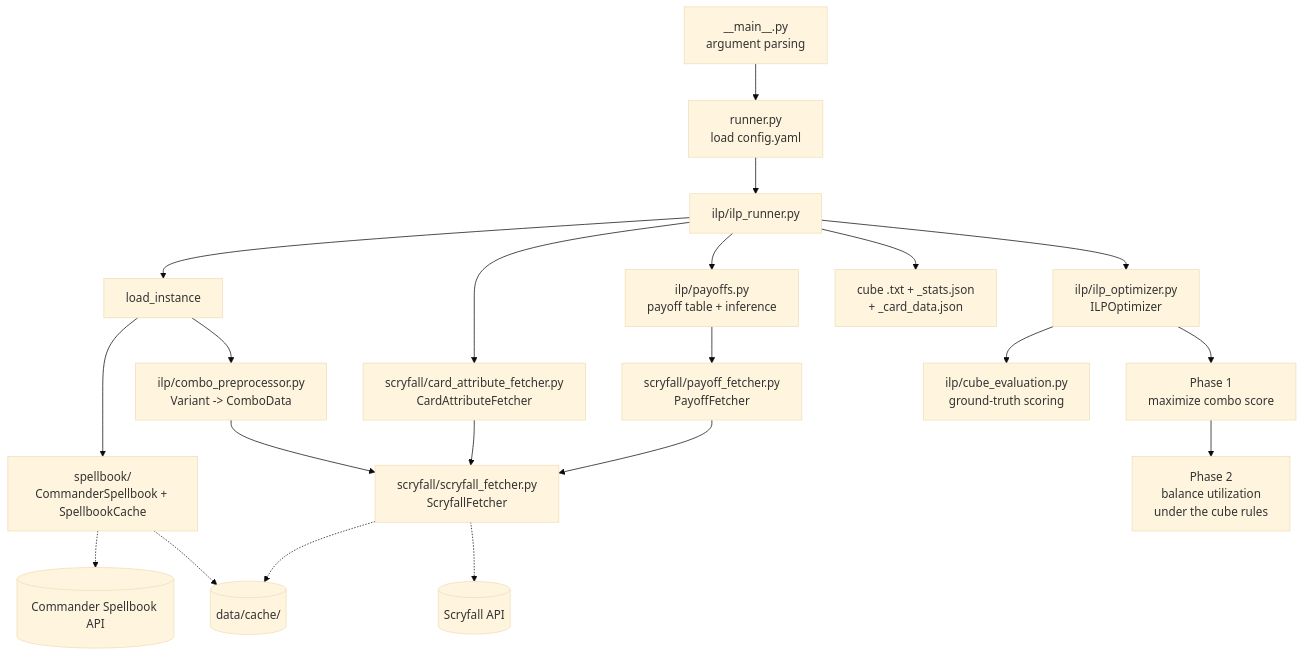
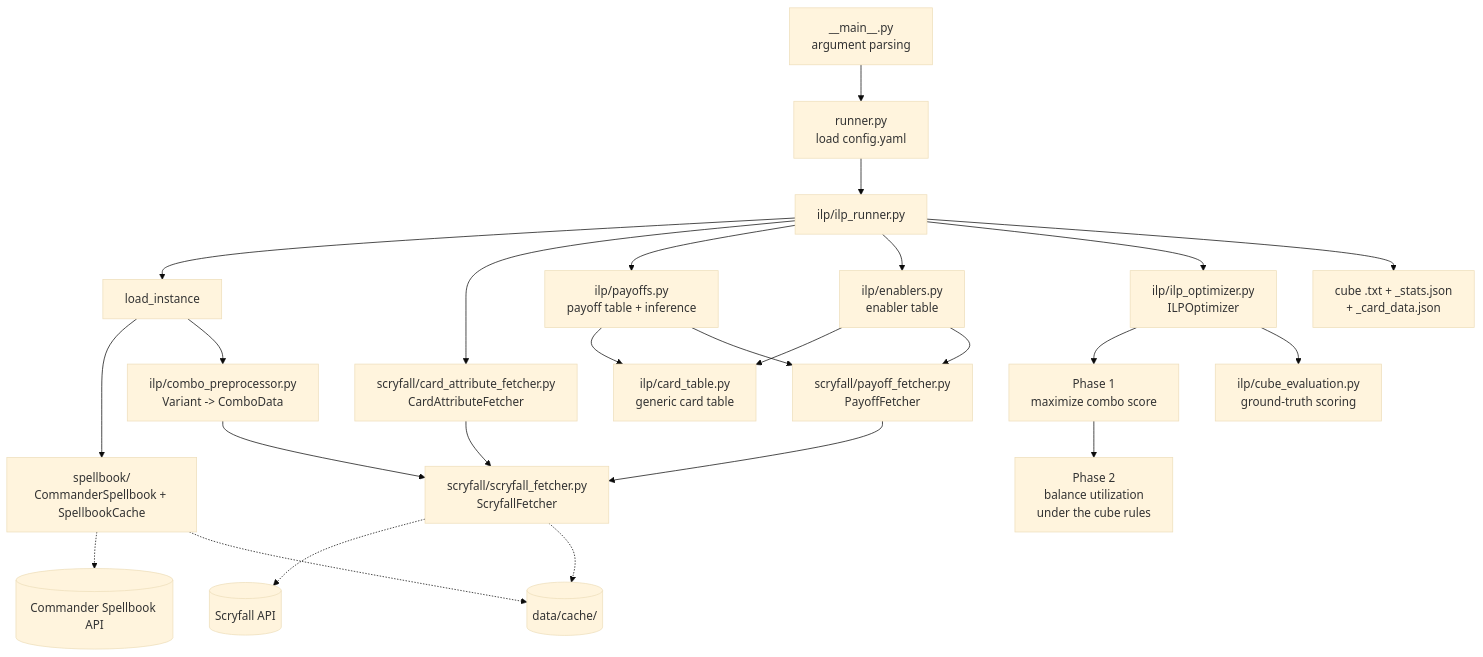
One commit to tgrunnagle/mtg-combo-cube changed the diagram in docs/architecture.md. Above: the diagram before and after it, drawn with Mermaid (base theme). The commit also changed other lines of this file and 35 other files, not shown here.

````diff
--- a/docs/architecture.md
+++ b/docs/architecture.md
@@ -20,29 +20,33 @@
 ```mermaid
 flowchart TD
     CLI["__main__.py<br/>argument parsing"] --> RUN["runner.py<br/>load config.yaml"]
 
     RUN --> ILPR["ilp/ilp_runner.py"]
 
     ILPR --> LOAD["load_instance"]
     LOAD --> SB["spellbook/<br/>CommanderSpellbook + SpellbookCache"]
     LOAD --> PRE["ilp/combo_preprocessor.py<br/>Variant -> ComboData"]
     PRE --> SF["scryfall/scryfall_fetcher.py<br/>ScryfallFetcher"]
 
     ILPR --> CAF["scryfall/card_attribute_fetcher.py<br/>CardAttributeFetcher"]
     CAF --> SF
     ILPR --> PAY["ilp/payoffs.py<br/>payoff table + inference"]
+    ILPR --> ENA["ilp/enablers.py<br/>enabler table"]
+    PAY --> CT["ilp/card_table.py<br/>generic card table"]
+    ENA --> CT
     PAY --> PF["scryfall/payoff_fetcher.py<br/>PayoffFetcher"]
+    ENA --> PF
     PF --> SF
 
     ILPR --> OPT["ilp/ilp_optimizer.py<br/>ILPOptimizer"]
     OPT --> P1["Phase 1<br/>maximize combo score"]
     P1 --> P2["Phase 2<br/>balance utilization<br/>under the cube rules"]
     OPT --> EVAL["ilp/cube_evaluation.py<br/>ground-truth scoring"]
 
     ILPR --> OUT["cube .txt + _stats.json<br/>+ _card_data.json"]
 
     SB -.-> API1[("Commander Spellbook API")]
     SF -.-> API2[("Scryfall API")]
     SB -.-> CACHE[("data/cache/")]
     SF -.-> CACHE
 ```
````
